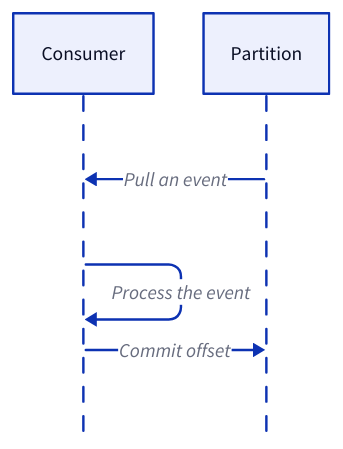
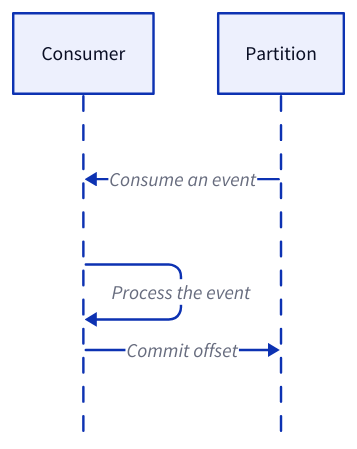
One commit to link1905/system-design-101 changed the seventh of 14 diagrams in content/docs/data-persistence/event-streaming-platform/delivery-semantics.md. Above: the diagram before and after it, drawn with D2. The commit also changed other lines of this file and 49 other files, not shown here.

````diff
--- a/content/docs/data-persistence/event-streaming-platform/delivery-semantics.md
+++ b/content/docs/data-persistence/event-streaming-platform/delivery-semantics.md
@@ -171,12 +173,12 @@
 ```d2
 shape: sequence_diagram
 c: Consumer {
     class: server
 }
 e: Partition {
     class: mq
 }
-c <- e: Pull an event
+c <- e: Consume an event
 c -> c: Process the event
 c -> e: Commit offset
 ```
````
